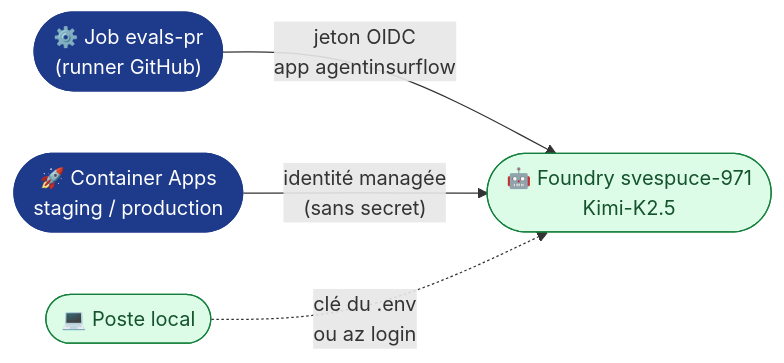
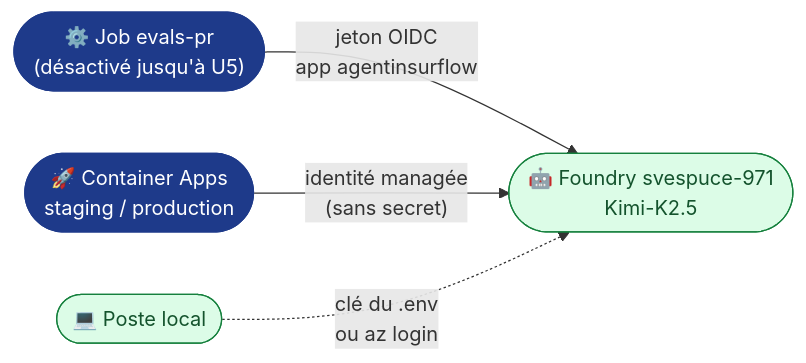
The diagram in docs/secrets.md (acerolaz/agentinsurflow), drawn with Mermaid before and after one commit. The commit also changed other lines of this file and 5 other files, not shown here.

````diff
--- a/docs/secrets.md
+++ b/docs/secrets.md
@@ -67,10 +77,10 @@
 ```mermaid
 flowchart LR
-    CI(["⚙️ Job evals-pr<br/>(runner GitHub)"]) -- "jeton OIDC<br/>app agentinsurflow" --> F(["🤖 Foundry svespuce-971<br/>Kimi-K2.5"])
+    CI(["⚙️ Job evals-pr<br/>(désactivé jusqu'à U5)"]) -- "jeton OIDC<br/>app agentinsurflow" --> F(["🤖 Foundry svespuce-971<br/>Kimi-K2.5"])
     CA(["🚀 Container Apps<br/>staging / production"]) -- "identité managée<br/>(sans secret)" --> F
     DEV(["💻 Poste local"]) -. "clé du .env<br/>ou az login" .-> F
     classDef plat fill:#1E3A8A,stroke:#1E3A8A,color:#fff
     classDef ok fill:#DCFCE7,stroke:#15803D,color:#14532D
     class CI,CA plat
     class F,DEV ok
 ```
````
